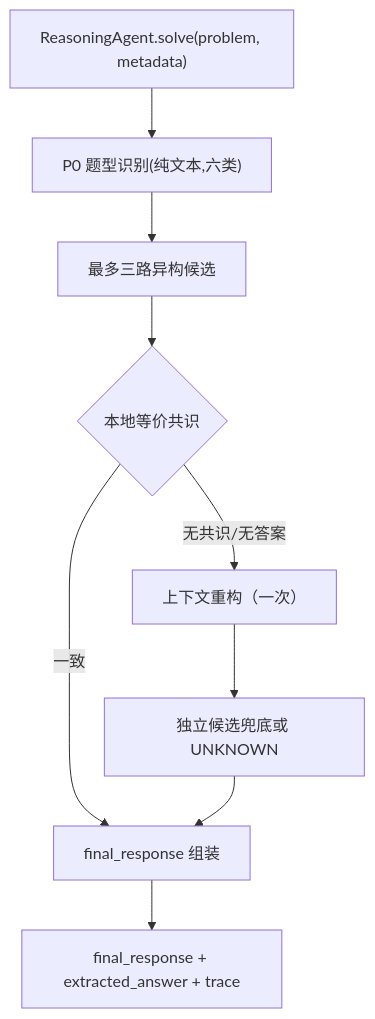
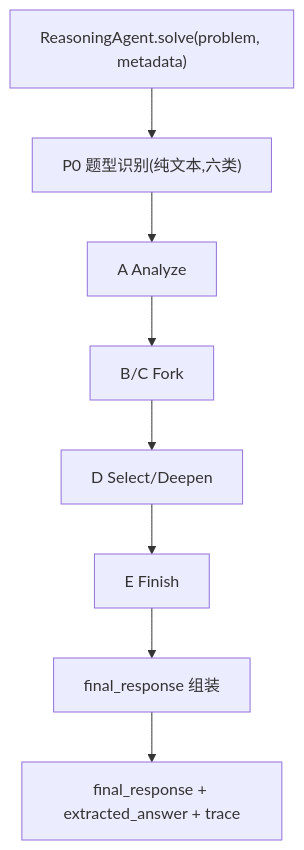
Before and after one commit to RUSS0718/Challenge-Cup-2026: the first of 2 diagrams in README.md, drawn with Mermaid. The commit also changed other lines of this file and 18 other files, not shown here.

Commit message:
feat(fsdf): promote bounded fork-select-deepen-finish relay

````diff
--- a/README.md
+++ b/README.md
@@ -17,11 +17,10 @@
 ```mermaid
 flowchart TD
     entry["ReasoningAgent.solve(problem, metadata)"] --> classify["P0 题型识别(纯文本,六类)"]
-    classify --> solvers["最多三路异构候选"]
-    solvers --> consensus{"本地等价共识"}
-    consensus -->|"一致"| finalize["final_response 组装"]
-    consensus -->|"无共识/无答案"| reconstruct["上下文重构（一次）"]
-    reconstruct --> fallback["独立候选兜底或 UNKNOWN"]
-    fallback --> finalize
+    classify --> analyze["A Analyze"]
+    analyze --> fork["B/C Fork"]
+    fork --> deepen["D Select/Deepen"]
+    deepen --> finish["E Finish"]
+    finish --> finalize["final_response 组装"]
     finalize --> out["final_response + extracted_answer + trace"]
 ```
````
